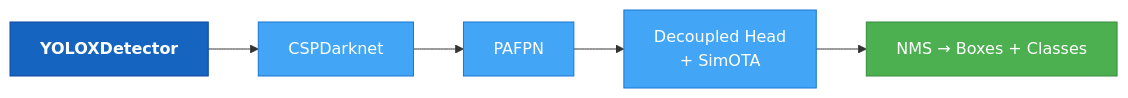
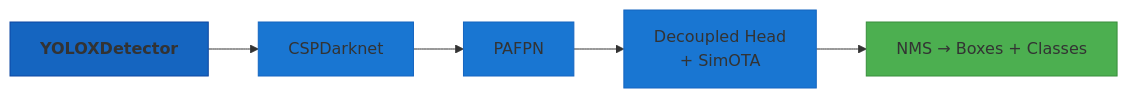
The third of 5 diagrams in docs/user-guide/models/index.md (theja-vanka/AutoTimm), drawn with Mermaid before and after one commit. The commit also changed other lines of this file and 37 other files, not shown here.

````diff
--- a/docs/user-guide/models/index.md
+++ b/docs/user-guide/models/index.md
@@ -43,13 +43,13 @@
 ```mermaid
 graph LR
     A[<b>YOLOXDetector</b>] --> B[CSPDarknet]
     B --> C[PAFPN]
     C --> D[Decoupled Head<br/>+ SimOTA]
     D --> E[NMS → Boxes + Classes]
 
-    style A fill:#1565C0,stroke:#0D47A1,color:#fff
-    style B fill:#42A5F5,stroke:#1976D2,color:#fff
-    style C fill:#42A5F5,stroke:#1976D2,color:#fff
-    style D fill:#42A5F5,stroke:#1976D2,color:#fff
-    style E fill:#4CAF50,stroke:#388E3C,color:#fff
+    style A fill:#1565C0,stroke:#0D47A1
+    style B fill:#1976D2,stroke:#1565C0
+    style C fill:#1976D2,stroke:#1565C0
+    style D fill:#1976D2,stroke:#1565C0
+    style E fill:#4CAF50,stroke:#388E3C
 ```
````
